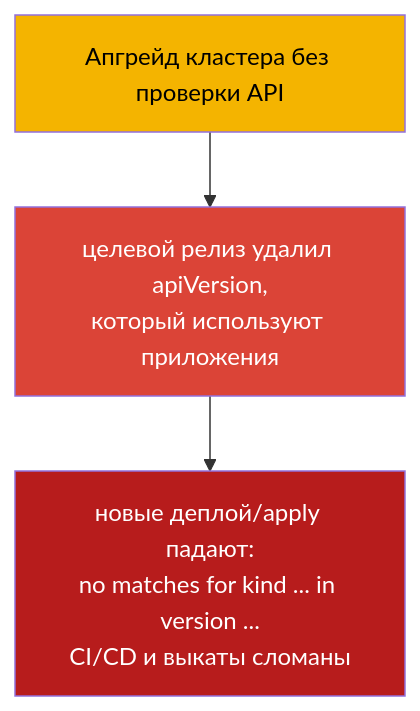
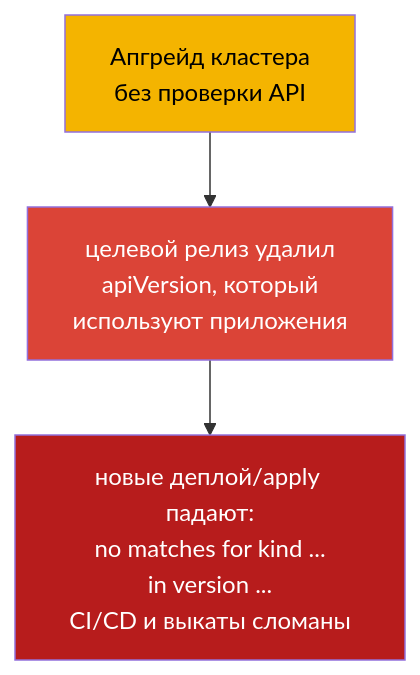
Before and after one commit to ViktorUJ/cks: the second of 8 diagrams in tasks/cka/course/36/ru.md, drawn with Mermaid. The commit also changed other lines of this file and 30 other files, not shown here.

````diff
--- a/tasks/cka/course/36/ru.md
+++ b/tasks/cka/course/36/ru.md
@@ -44,9 +44,9 @@
 ```mermaid
 flowchart TB
-    up["Апгрейд кластера без проверки API"]
-    up --> rm["целевой релиз удалил apiVersion,<br>который используют приложения"]
-    rm --> broke["новые деплой/apply падают:<br>no matches for kind ... in version ...<br>CI/CD и выкаты сломаны"]
+    up["Апгрейд кластера<br>без проверки API"]
+    up --> rm["целевой релиз удалил<br>apiVersion, который<br>используют приложения"]
+    rm --> broke["новые деплой/apply падают:<br>no matches for kind ...<br>in version ...<br>CI/CD и выкаты сломаны"]
     style up fill:#f4b400,color:#000
     style rm fill:#db4437,color:#fff
     style broke fill:#b71c1c,color:#fff
 ```
````
